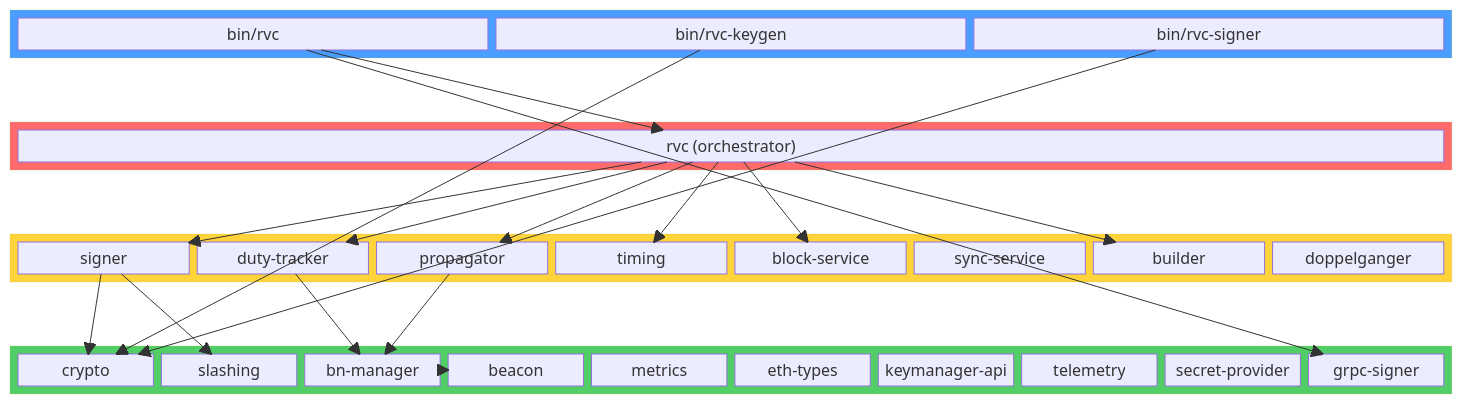
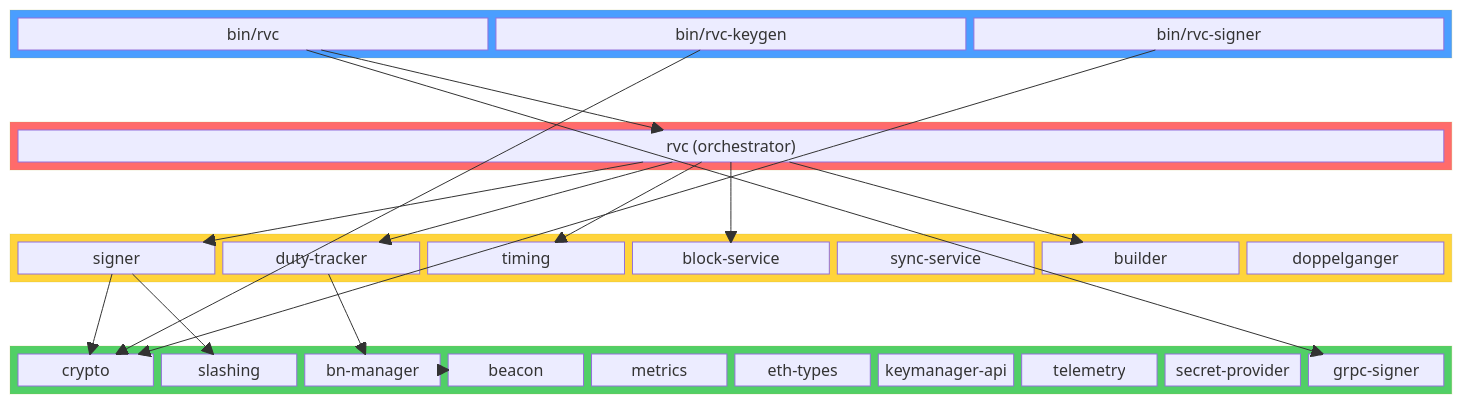
One commit to dsrvlabs/rvc changed the third of 8 diagrams in ARCHITECTURE.md. Above: the diagram before and after it, drawn with Mermaid. The commit also changed other lines of this file and 3 other files, not shown here.

First line of the commit message:
fix(architecture): sync gates and docs with propagator fold and test moves

````diff
--- a/ARCHITECTURE.md
+++ b/ARCHITECTURE.md
@@ -232,65 +232,62 @@
 ```mermaid
 block-beta
     columns 8
 
     block:binary:8
         BIN["bin/rvc"]
         KEYGEN["bin/rvc-keygen"]
         SIGBIN["bin/rvc-signer"]
     end
 
     space:8
 
     block:orchestrator:8
         RVC["rvc (orchestrator)"]
     end
 
     space:8
 
     block:domain:8
         SIGNER["signer"]
         DUTY["duty-tracker"]
-        PROP["propagator"]
         TIMING["timing"]
         BLOCK["block-service"]
         SYNC["sync-service"]
         BUILD["builder"]
         DOPP["doppelganger"]
     end
 
     space:8
 
     block:foundation:8
         CRYPTO["crypto"]
         SLASHING["slashing"]
         BNM["bn-manager"]
         BEACON["beacon"]
         METRICS["metrics"]
         ETH["eth-types"]
         KMA["keymanager-api"]
         TEL["telemetry"]
         SP["secret-provider"]
         GRPCSIGNER["grpc-signer"]
     end
 
     BIN --> RVC
     BIN --> GRPCSIGNER
     KEYGEN --> CRYPTO
     SIGBIN --> CRYPTO
     RVC --> SIGNER
     RVC --> DUTY
-    RVC --> PROP
     RVC --> TIMING
     RVC --> BLOCK
     RVC --> BUILD
     SIGNER --> CRYPTO
     SIGNER --> SLASHING
     DUTY --> BNM
-    PROP --> BNM
     BNM --> BEACON
 
     style binary fill:#4a9eff,color:#fff
     style orchestrator fill:#ff6b6b,color:#fff
     style domain fill:#ffd43b,color:#333
     style foundation fill:#51cf66,color:#fff
 ```
````
